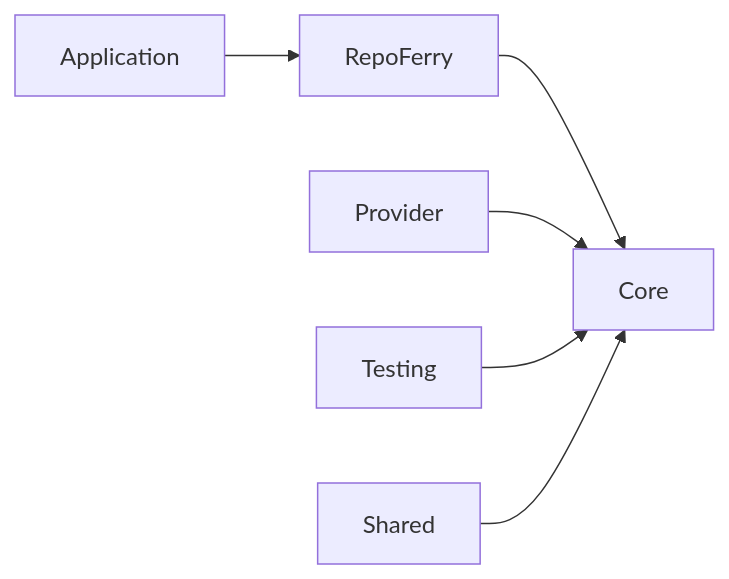
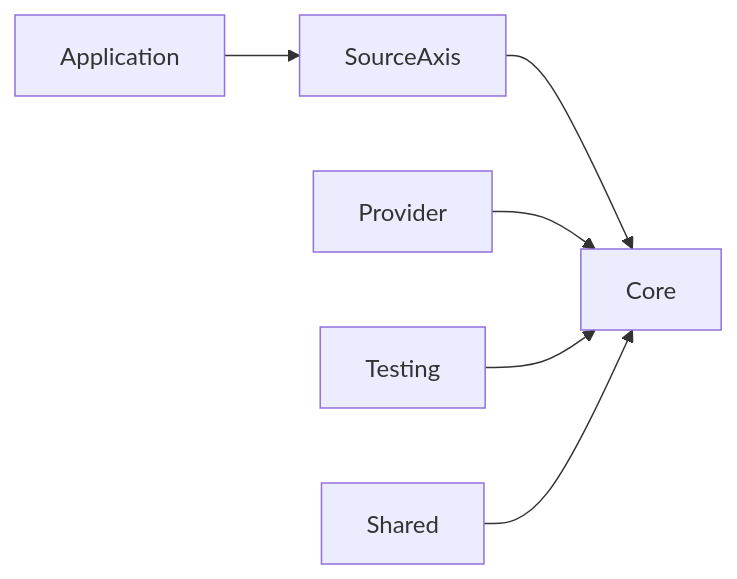
One commit to mriduldey/git-bridge changed the second of 4 diagrams in docs/architecture/adr/ADR-003.md. Above: the diagram before and after it, drawn with Mermaid. The commit also changed other lines of this file and 118 other files, not shown here.

First line of the commit message:
Release v0.1.0: SourceAxis developer preview (#3)

````diff
--- a/docs/architecture/adr/ADR-003.md
+++ b/docs/architecture/adr/ADR-003.md
@@ -261,15 +261,15 @@
 ```mermaid
 flowchart LR
 
 Application
 
-Application --> RepoFerry
+Application --> SourceAxis
 
-RepoFerry --> Core
+SourceAxis --> Core
 
 Provider --> Core
 
 Testing --> Core
 
 Shared --> Core
 ```
````
